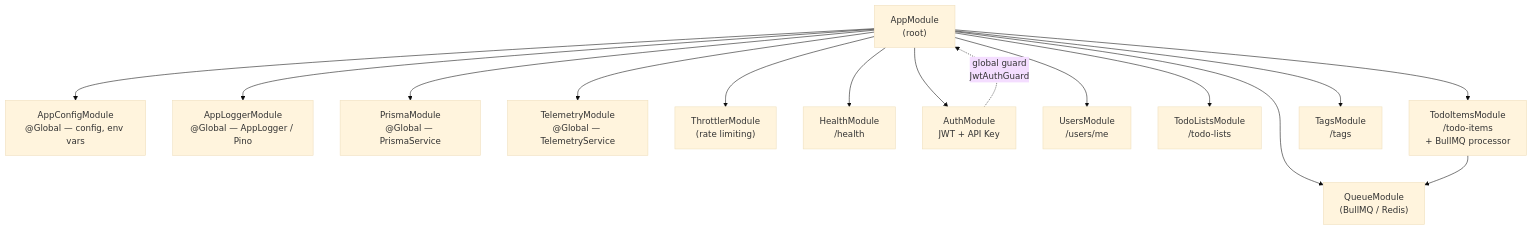
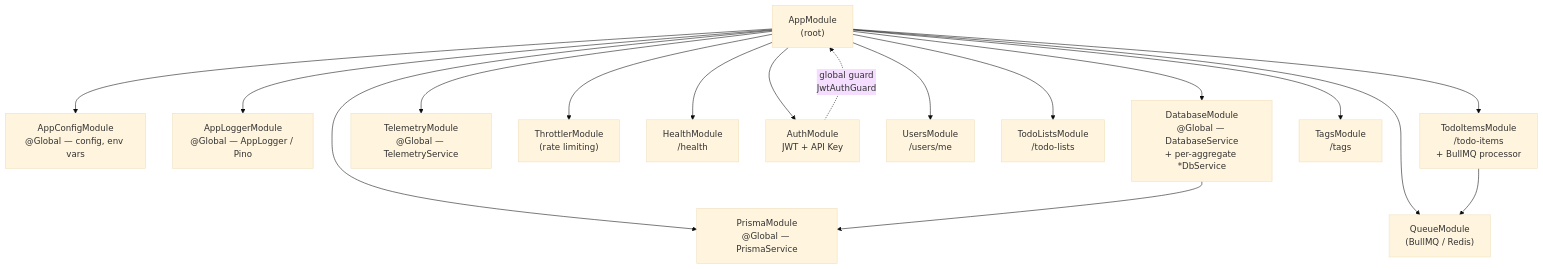
One commit to gauravprwl14/nestjs-boilerplate changed the diagram in docs/architecture/service-architecture.md. Above: the diagram before and after it, drawn with Mermaid (base theme). The commit also changed other lines of this file and 13 other files, not shown here.

````diff
--- a/docs/architecture/service-architecture.md
+++ b/docs/architecture/service-architecture.md
@@ -5,34 +7,37 @@
 ```mermaid
 graph TD
     AppModule["AppModule\n(root)"]
 
     AppConfigModule["AppConfigModule\n@Global — config, env vars"]
     AppLoggerModule["AppLoggerModule\n@Global — AppLogger / Pino"]
     PrismaModule["PrismaModule\n@Global — PrismaService"]
+    DatabaseModule["DatabaseModule\n@Global — DatabaseService\n+ per-aggregate *DbService"]
     TelemetryModule["TelemetryModule\n@Global — TelemetryService"]
     ThrottlerModule["ThrottlerModule\n(rate limiting)"]
     QueueModule["QueueModule\n(BullMQ / Redis)"]
 
     HealthModule["HealthModule\n/health"]
     AuthModule["AuthModule\nJWT + API Key"]
     UsersModule["UsersModule\n/users/me"]
     TodoListsModule["TodoListsModule\n/todo-lists"]
     TodoItemsModule["TodoItemsModule\n/todo-items\n+ BullMQ processor"]
     TagsModule["TagsModule\n/tags"]
 
     AppModule --> AppConfigModule
     AppModule --> AppLoggerModule
     AppModule --> PrismaModule
+    AppModule --> DatabaseModule
     AppModule --> TelemetryModule
     AppModule --> ThrottlerModule
     AppModule --> QueueModule
     AppModule --> HealthModule
     AppModule --> AuthModule
     AppModule --> UsersModule
     AppModule --> TodoListsModule
     AppModule --> TodoItemsModule
     AppModule --> TagsModule
 
+    DatabaseModule --> PrismaModule
     AuthModule -.->|"global guard\nJwtAuthGuard"| AppModule
     TodoItemsModule --> QueueModule
 ```
````
